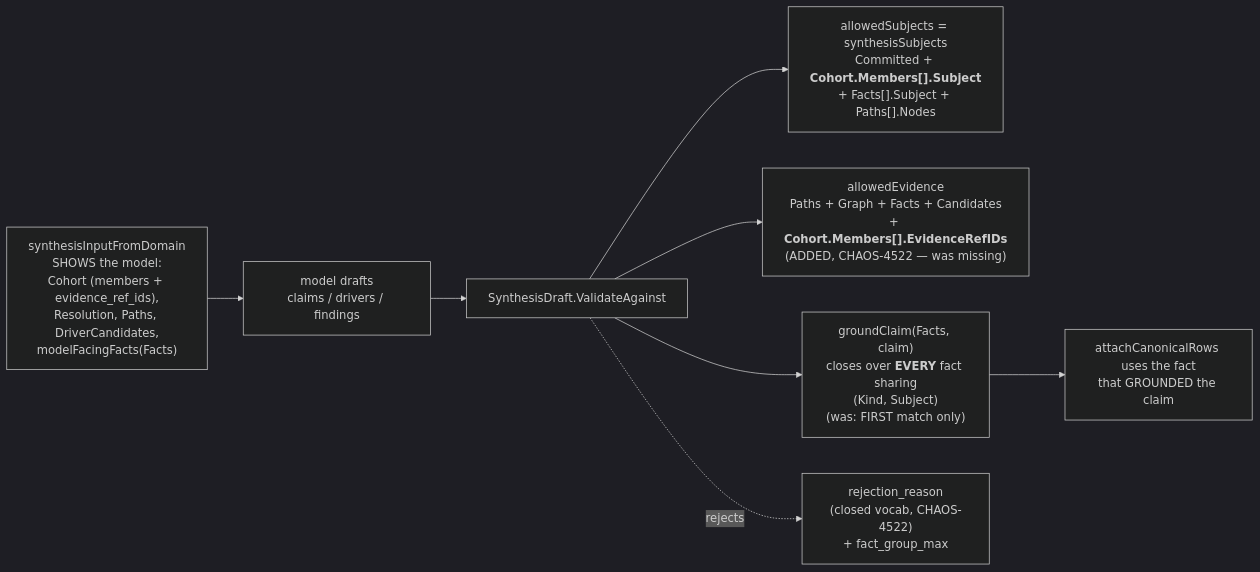
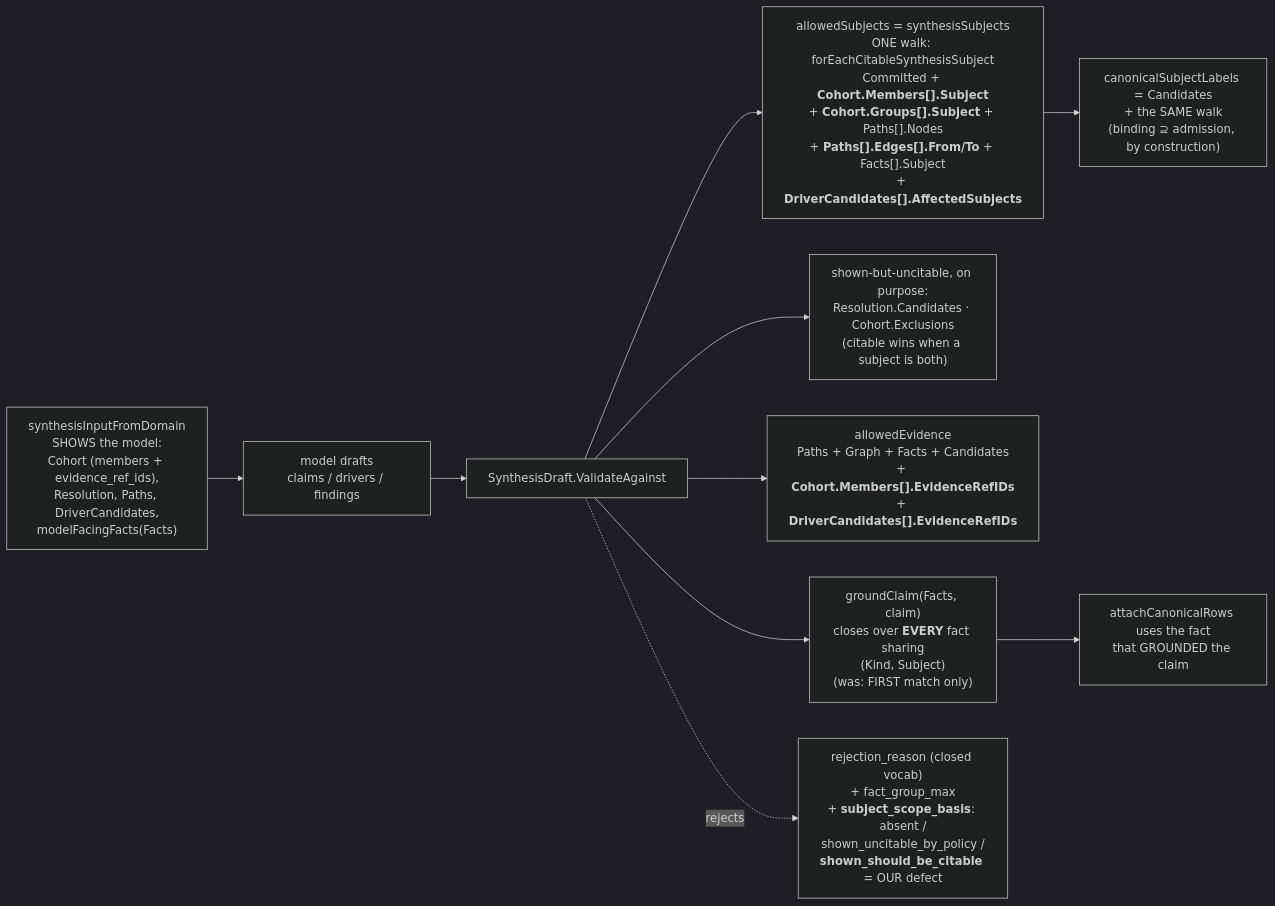
One commit to full-chaos/dev-health-acr changed the eighth of 15 diagrams in docs/design/context-fabric-architecture-diagrams.md. Above: the diagram before and after it, drawn with Mermaid (dark theme). The commit also changed other lines of this file and 22 other files, not shown here.

First line of the commit message:
Make the cohort's own group entity a citable synthesis subject (#415)

````diff
--- a/docs/design/context-fabric-architecture-diagrams.md
+++ b/docs/design/context-fabric-architecture-diagrams.md
@@ -1057,10 +1057,12 @@
 ```mermaid
 flowchart LR
     IN["synthesisInputFromDomain<br/>SHOWS the model:<br/>Cohort (members + evidence_ref_ids),<br/>Resolution, Paths, DriverCandidates,<br/>modelFacingFacts(Facts)"] --> M["model drafts<br/>claims / drivers / findings"]
     M --> V["SynthesisDraft.ValidateAgainst"]
-    V --> S["allowedSubjects = synthesisSubjects<br/>Committed + <b>Cohort.Members[].Subject</b><br/>+ Facts[].Subject + Paths[].Nodes"]
-    V --> E["allowedEvidence<br/>Paths + Graph + Facts + Candidates<br/>+ <b>Cohort.Members[].EvidenceRefIDs</b><br/>(ADDED, CHAOS-4522 — was missing)"]
+    V --> S["allowedSubjects = synthesisSubjects<br/>ONE walk: forEachCitableSynthesisSubject<br/>Committed + <b>Cohort.Members[].Subject</b><br/>+ <b>Cohort.Groups[].Subject</b> + Paths[].Nodes<br/>+ <b>Paths[].Edges[].From/To</b> + Facts[].Subject<br/>+ <b>DriverCandidates[].AffectedSubjects</b>"]
+    S --> L["canonicalSubjectLabels = Candidates<br/>+ the SAME walk<br/>(binding ⊇ admission, by construction)"]
+    V --> U["shown-but-uncitable, on purpose:<br/>Resolution.Candidates · Cohort.Exclusions<br/>(citable wins when a subject is both)"]
+    V --> E["allowedEvidence<br/>Paths + Graph + Facts + Candidates<br/>+ <b>Cohort.Members[].EvidenceRefIDs</b><br/>+ <b>DriverCandidates[].EvidenceRefIDs</b>"]
     V --> G2["groundClaim(Facts, claim)<br/>closes over <b>EVERY</b> fact sharing<br/>(Kind, Subject)<br/>(was: FIRST match only)"]
     G2 --> R["attachCanonicalRows uses the fact<br/>that GROUNDED the claim"]
-    V -. rejects .-> T["rejection_reason<br/>(closed vocab, CHAOS-4522)<br/>+ fact_group_max"]
+    V -. rejects .-> T["rejection_reason (closed vocab)<br/>+ fact_group_max<br/>+ <b>subject_scope_basis</b>: absent /<br/>shown_uncitable_by_policy /<br/><b>shown_should_be_citable</b> = OUR defect"]
 ```
````
